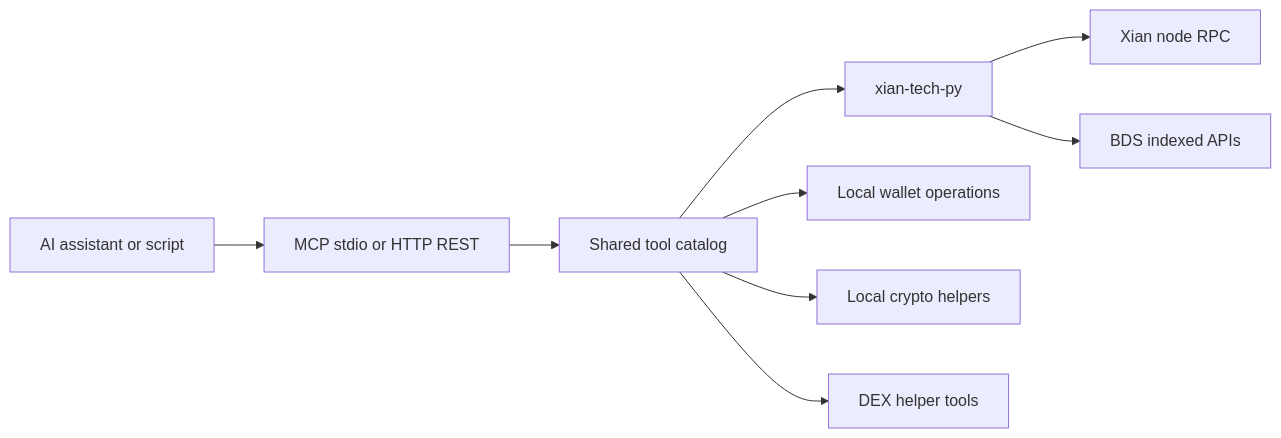
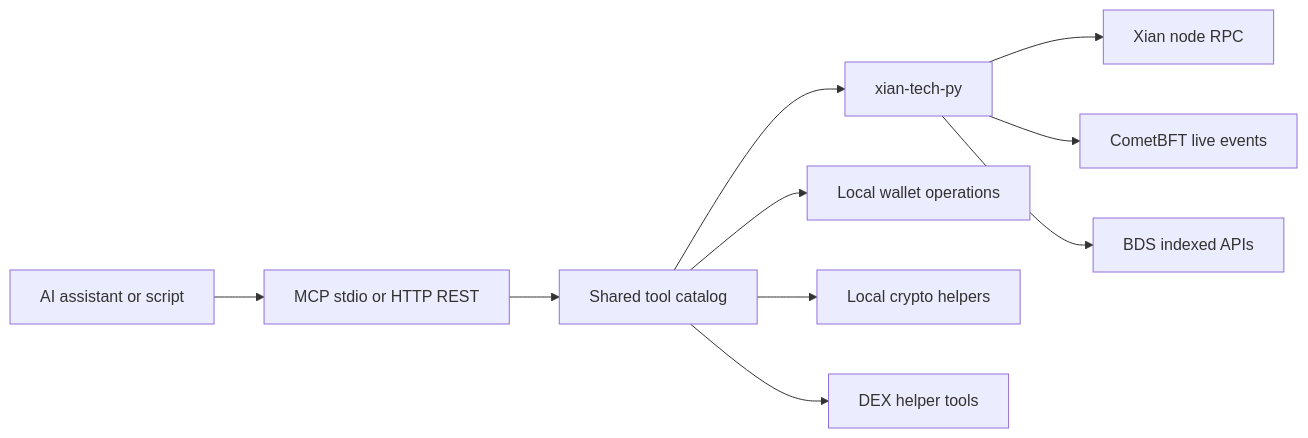
One commit to xian-technology/xian-mcp-server changed the diagram in README.md. Above: the diagram before and after it, drawn with Mermaid. The commit also changed other lines of this file and 14 other files, not shown here.

````diff
--- a/README.md
+++ b/README.md
@@ -25,11 +25,12 @@
 ```mermaid
 flowchart LR
   Assistant["AI assistant or script"] --> Transport["MCP stdio or HTTP REST"]
   Transport --> Catalog["Shared tool catalog"]
   Catalog --> SDK["xian-tech-py"]
   SDK --> Node["Xian node RPC"]
+  SDK --> Live["CometBFT live events"]
   SDK --> BDS["BDS indexed APIs"]
   Catalog --> Wallets["Local wallet operations"]
   Catalog --> Crypto["Local crypto helpers"]
   Catalog --> DEX["DEX helper tools"]
 ```
````
